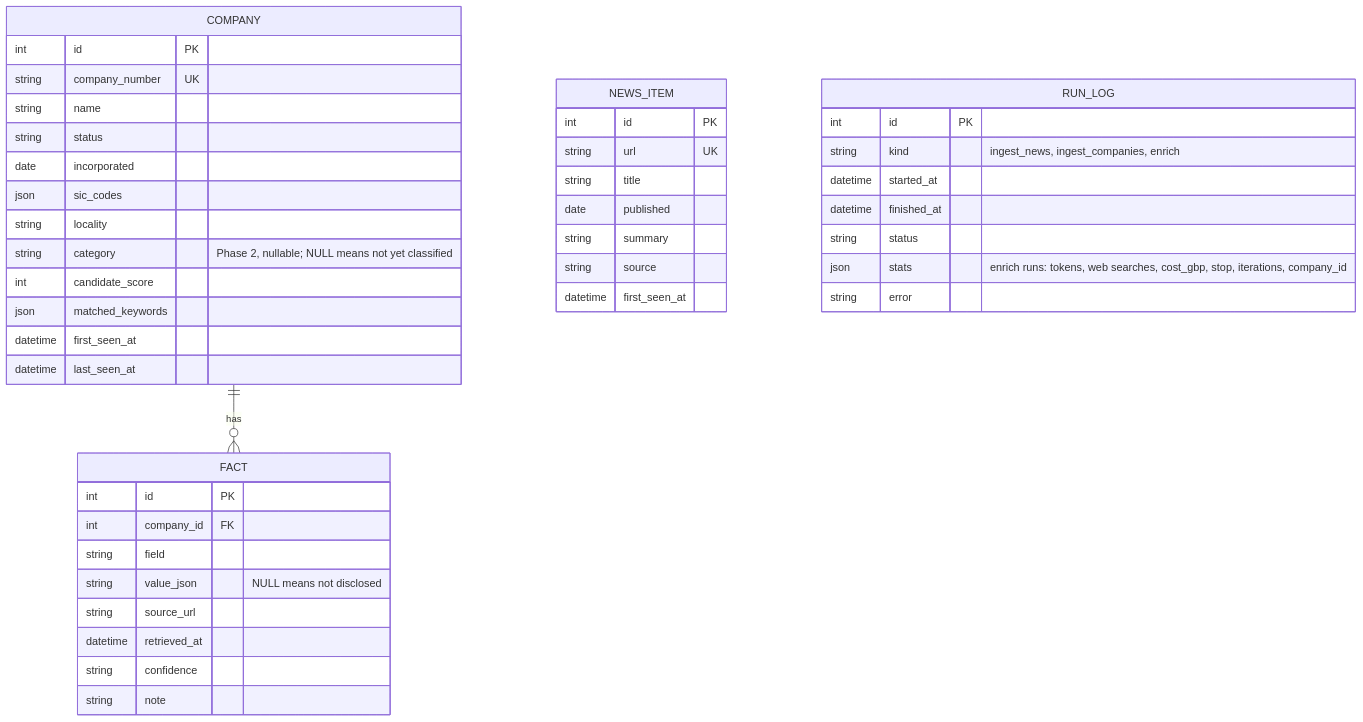
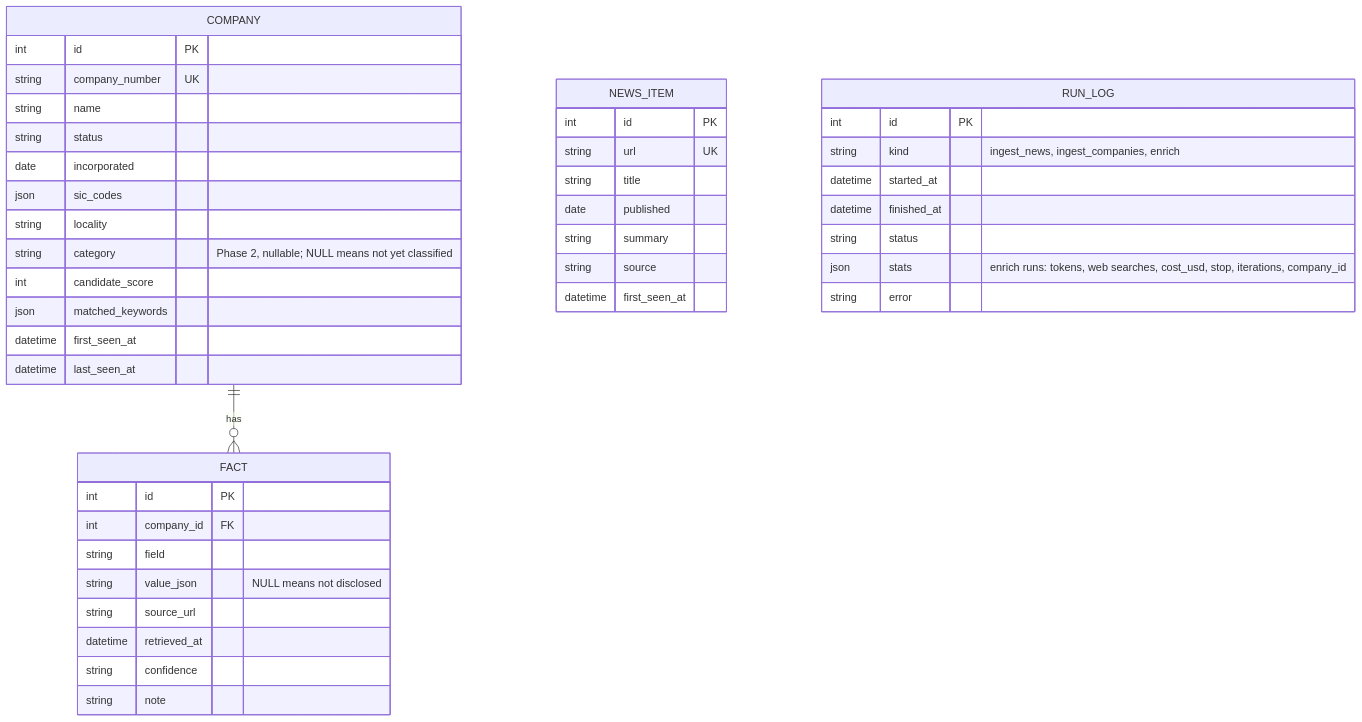
Diagram 11 of 12 in docs/architecture.md (Farzaanee/sprout), drawn with Mermaid before and after one commit. The commit also changed other lines of this file and 13 other files, not shown here.

````diff
--- a/docs/architecture.md
+++ b/docs/architecture.md
@@ -563,46 +561,46 @@
 ```mermaid
 erDiagram
     COMPANY ||--o{ FACT : has
     COMPANY {
         int id PK
         string company_number UK
         string name
         string status
         date incorporated
         json sic_codes
         string locality
         string category "Phase 2, nullable; NULL means not yet classified"
         int candidate_score
         json matched_keywords
         datetime first_seen_at
         datetime last_seen_at
     }
     FACT {
         int id PK
         int company_id FK
         string field
         string value_json "NULL means not disclosed"
         string source_url
         datetime retrieved_at
         string confidence
         string note
     }
     NEWS_ITEM {
         int id PK
         string url UK
         string title
         date published
         string summary
         string source
         datetime first_seen_at
     }
     RUN_LOG {
         int id PK
         string kind "ingest_news, ingest_companies, enrich"
         datetime started_at
         datetime finished_at
         string status
-        json stats "enrich runs: tokens, web searches, cost_gbp, stop, iterations, company_id"
+        json stats "enrich runs: tokens, web searches, cost_usd, stop, iterations, company_id"
         string error
     }
 ```
````
